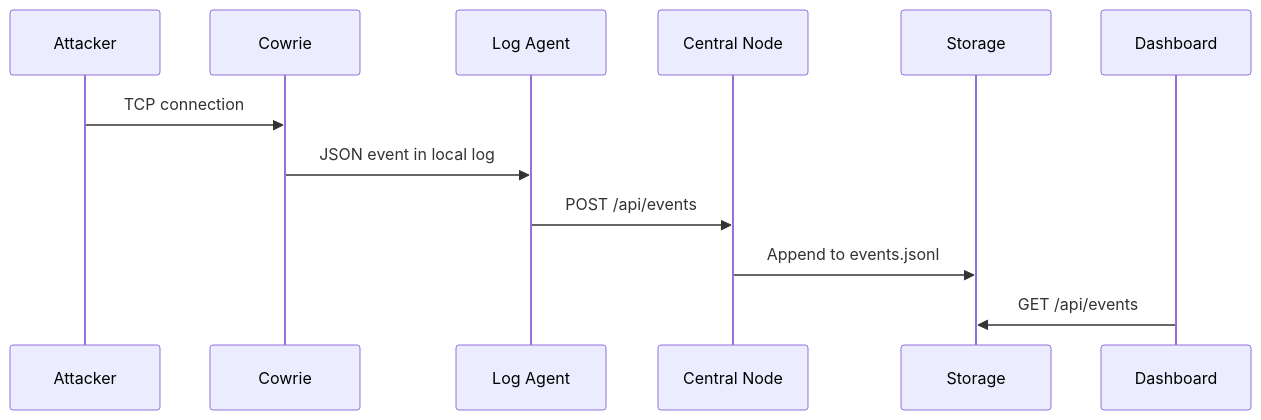
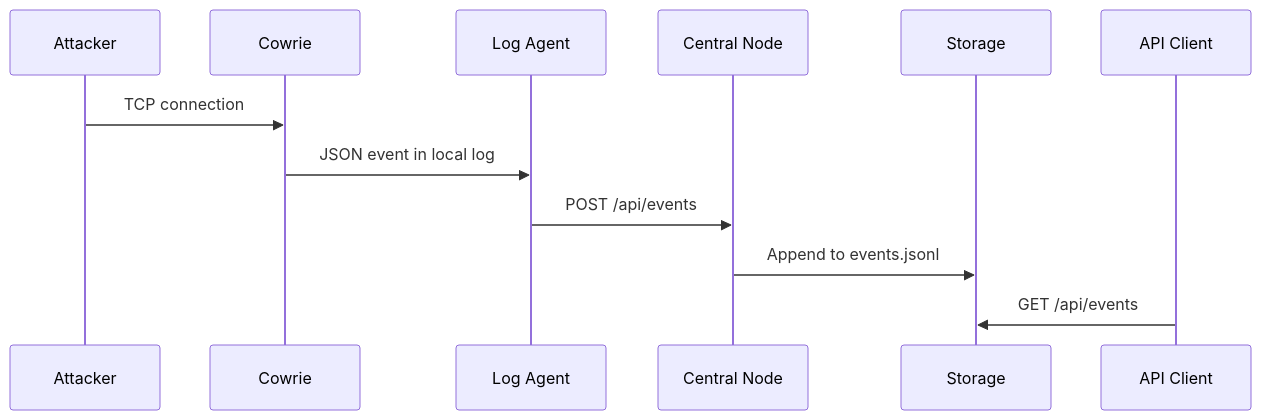
One commit to SoffTiAmS2/early-detection-complex changed the diagram in docs/architecture.md. Above: the diagram before and after it, drawn with Mermaid. The commit also changed other lines of this file and 17 other files, not shown here.

````diff
--- a/docs/architecture.md
+++ b/docs/architecture.md
@@ -17,15 +17,15 @@
 ```mermaid
 sequenceDiagram
     participant A as Attacker
     participant H as Cowrie
     participant L as Log Agent
     participant C as Central Node
     participant S as Storage
-    participant D as Dashboard
+    participant D as API Client
 
     A->>H: TCP connection
     H->>L: JSON event in local log
     L->>C: POST /api/events
     C->>S: Append to events.jsonl
     D->>S: GET /api/events
 ```
````
